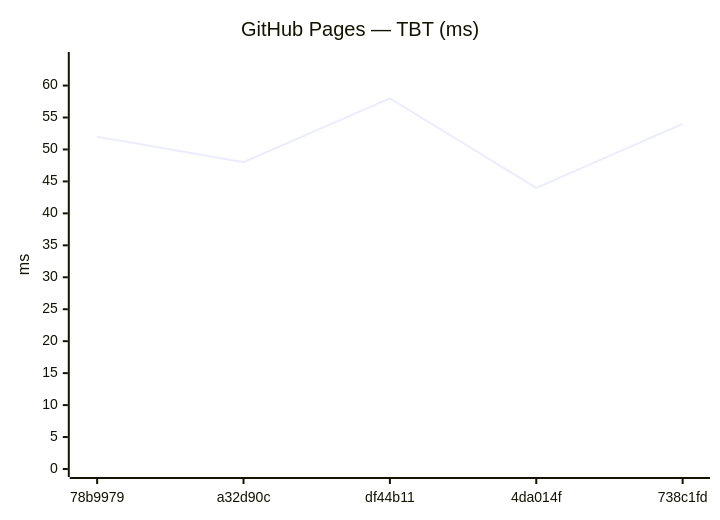
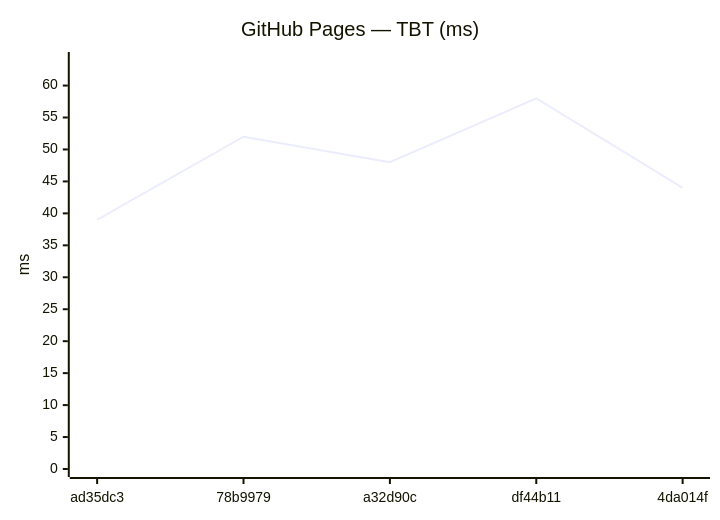
Diagram 12 of 24 in benchmarks/compare.md (Metaheurist/Rianell), drawn with Mermaid before and after one commit. The commit also changed other lines of this file and 12 other files, not shown here.

````diff
--- a/benchmarks/compare.md
+++ b/benchmarks/compare.md
@@ -176,7 +176,7 @@
 ```mermaid
 xychart-beta
     title "GitHub Pages — TBT (ms)"
-    x-axis ["78b9979", "a32d90c", "df44b11", "4da014f", "738c1fd"]
+    x-axis ["ad35dc3", "78b9979", "a32d90c", "df44b11", "4da014f"]
     y-axis "ms" 0 --> 64
-    line [52, 48, 58, 44, 54]
+    line [39, 52, 48, 58, 44]
 ```
````
